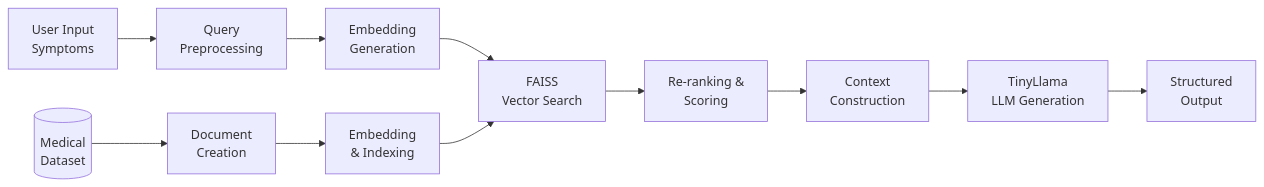
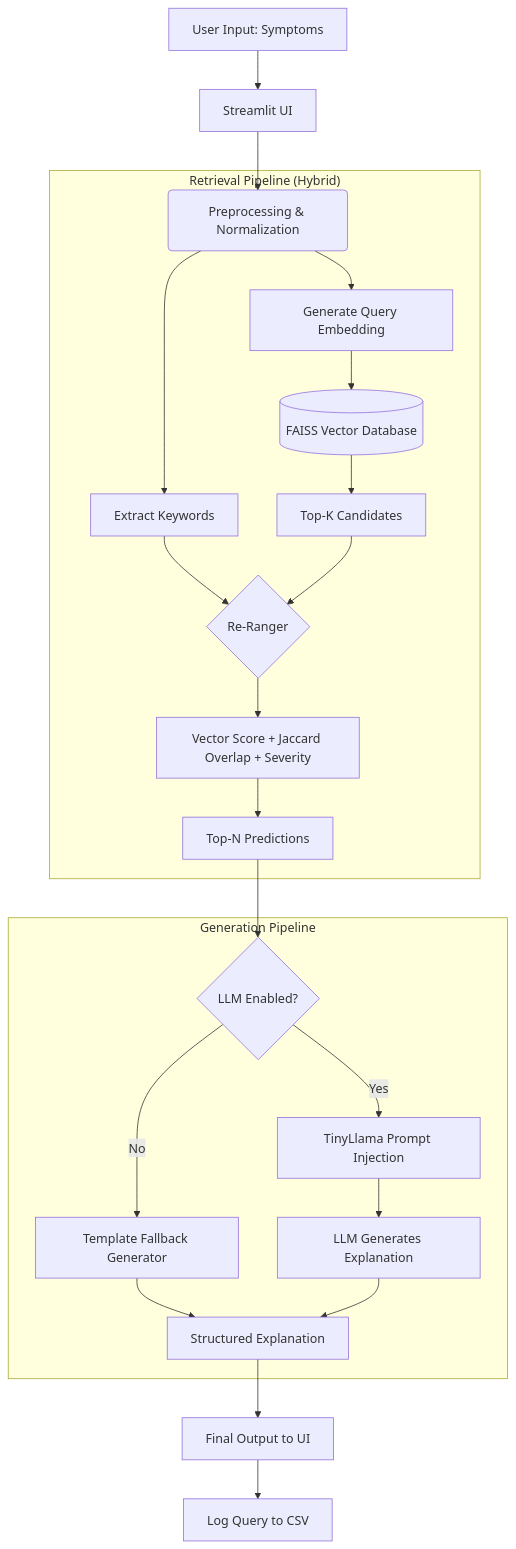
The diagram in README.md (Aarjav686/MediRAG), drawn with Mermaid before and after one commit. The commit also changed other lines of this file and 2 other files, not shown here.

````diff
--- a/README.md
+++ b/README.md
@@ -9,14 +24,28 @@
 ```mermaid
-graph LR
-    A[User Input<br/>Symptoms] --> B[Query<br/>Preprocessing]
-    B --> C[Embedding<br/>Generation]
-    C --> D[FAISS<br/>Vector Search]
-    D --> E[Re-ranking &<br/>Scoring]
-    E --> F[Context<br/>Construction]
-    F --> G[TinyLlama<br/>LLM Generation]
-    G --> H[Structured<br/>Output]
+graph TD
+    A[User Input: Symptoms] --> B[Streamlit UI]
+    B --> C(Preprocessing & Normalization)
     
-    I[(Medical<br/>Dataset)] --> J[Document<br/>Creation]
-    J --> K[Embedding<br/>& Indexing]
-    K --> D
+    subgraph "Retrieval Pipeline (Hybrid)"
+        C --> D[Generate Query Embedding]
+        D --> E[(FAISS Vector Database)]
+        E --> F[Top-K Candidates]
+        C --> G[Extract Keywords]
+        G --> H{Re-Ranger}
+        F --> H
+        H --> I[Vector Score + Jaccard Overlap + Severity]
+        I --> J[Top-N Predictions]
+    end
+    
+    subgraph "Generation Pipeline"
+        J --> K{LLM Enabled?}
+        K -- Yes --> L[TinyLlama Prompt Injection]
+        L --> M[LLM Generates Explanation]
+        K -- No --> N[Template Fallback Generator]
+        N --> O[Structured Explanation]
+        M --> O
+    end
+    
+    O --> P[Final Output to UI]
+    P --> Q[Log Query to CSV]
 ```
````
